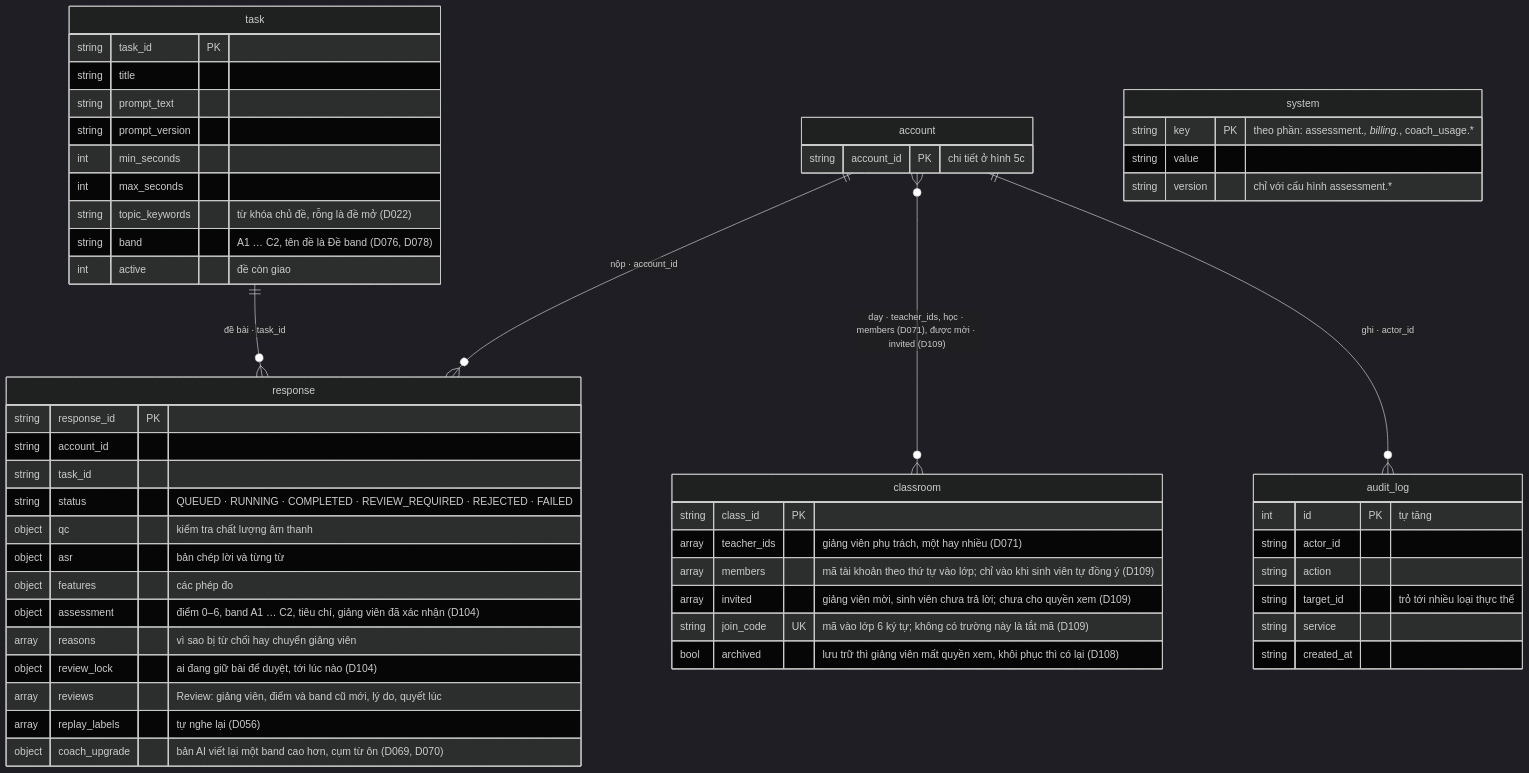
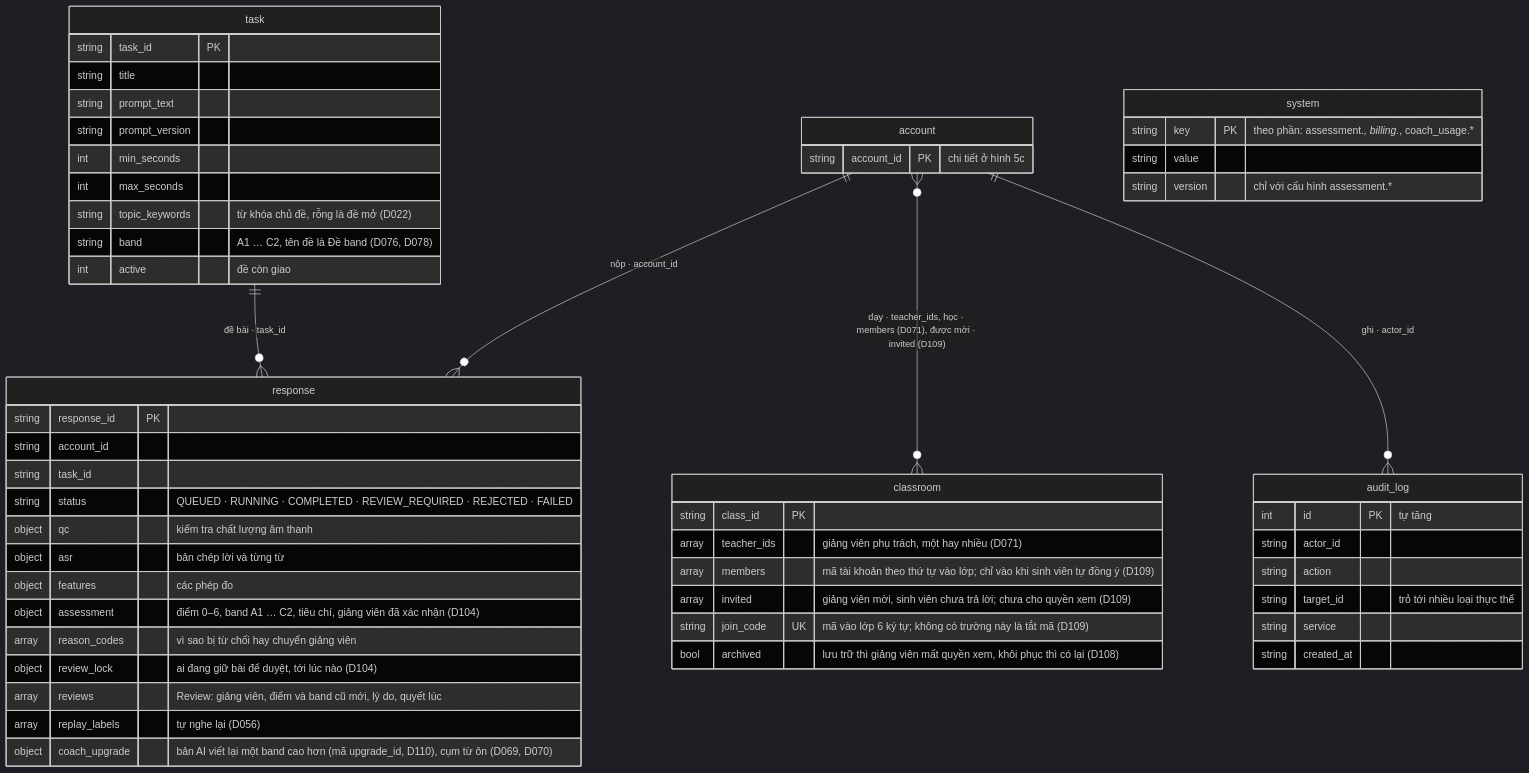
Before and after one commit to ThanhSangLouis/ai-assessor-cefr: the diagram in docs/sdd/diagrams/05_erd.mmd, drawn with Mermaid (dark theme). The commit also changed 63 other files, not shown here.

First line of the commit message:
refactor: class diagram v2, code names follow the diagram (D090, D110, D111)

```diff
--- a/docs/sdd/diagrams/05_erd.mmd
+++ b/docs/sdd/diagrams/05_erd.mmd
@@ -1,67 +1,67 @@
 %% SDD - Diagram 05: ERD - phan cham diem va van hanh (MongoDB, database core)
 %% Sau D060 moi aggregate root cua so do lop la mot collection; phan hop thanh
 %% nam trong document cua goc, ghi bang truong kieu mang. Tach ba hinh cho ty le
 %% in A4: hinh 5c ve dinh danh. D104: khoa duyet nam lai trong response, bao cao
 %% la chinh cac truong cua response (khong con chuoi JSON).
 %% Duong lien: tham chieu do ma giu (MongoDB khong ep khoa ngoai).
 erDiagram
     account ||--o{ response : "nộp · account_id"
     task ||--o{ response : "đề bài · task_id"
     account }o--o{ classroom : "dạy · teacher_ids, học · members (D071), được mời · invited (D109)"
     account ||--o{ audit_log : "ghi · actor_id"
 
     account {
         string account_id PK "chi tiết ở hình 5c"
     }
 
     task {
         string task_id PK
         string title
         string prompt_text
         string prompt_version
         int min_seconds
         int max_seconds
         string topic_keywords "từ khóa chủ đề, rỗng là đề mở (D022)"
         string band "A1 … C2, tên đề là Đề band (D076, D078)"
         int active "đề còn giao"
     }
 
     response {
         string response_id PK
         string account_id
         string task_id
         string status "QUEUED · RUNNING · COMPLETED · REVIEW_REQUIRED · REJECTED · FAILED"
         object qc "kiểm tra chất lượng âm thanh"
         object asr "bản chép lời và từng từ"
         object features "các phép đo"
         object assessment "điểm 0–6, band A1 … C2, tiêu chí, giảng viên đã xác nhận (D104)"
-        array reasons "vì sao bị từ chối hay chuyển giảng viên"
+        array reason_codes "vì sao bị từ chối hay chuyển giảng viên"
         object review_lock "ai đang giữ bài để duyệt, tới lúc nào (D104)"
         array reviews "Review: giảng viên, điểm và band cũ mới, lý do, quyết lúc"
         array replay_labels "tự nghe lại (D056)"
-        object coach_upgrade "bản AI viết lại một band cao hơn, cụm từ ôn (D069, D070)"
+        object coach_upgrade "bản AI viết lại một band cao hơn (mã upgrade_id, D110), cụm từ ôn (D069, D070)"
     }
 
     classroom {
         string class_id PK
         array teacher_ids "giảng viên phụ trách, một hay nhiều (D071)"
         array members "mã tài khoản theo thứ tự vào lớp; chỉ vào khi sinh viên tự đồng ý (D109)"
         array invited "giảng viên mời, sinh viên chưa trả lời; chưa cho quyền xem (D109)"
         string join_code UK "mã vào lớp 6 ký tự; không có trường này là tắt mã (D109)"
         bool archived "lưu trữ thì giảng viên mất quyền xem, khôi phục thì có lại (D108)"
     }
 
     audit_log {
         int id PK "tự tăng"
         string actor_id
         string action
         string target_id "trỏ tới nhiều loại thực thể"
         string service
         string created_at
     }
 
     system {
         string key PK "theo phần: assessment.*, billing.*, coach_usage.*"
         string value
         string version "chỉ với cấu hình assessment.*"
     }
```
